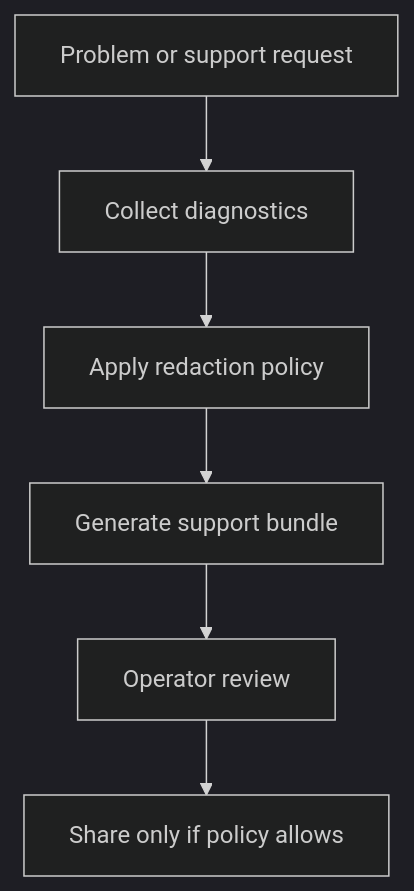
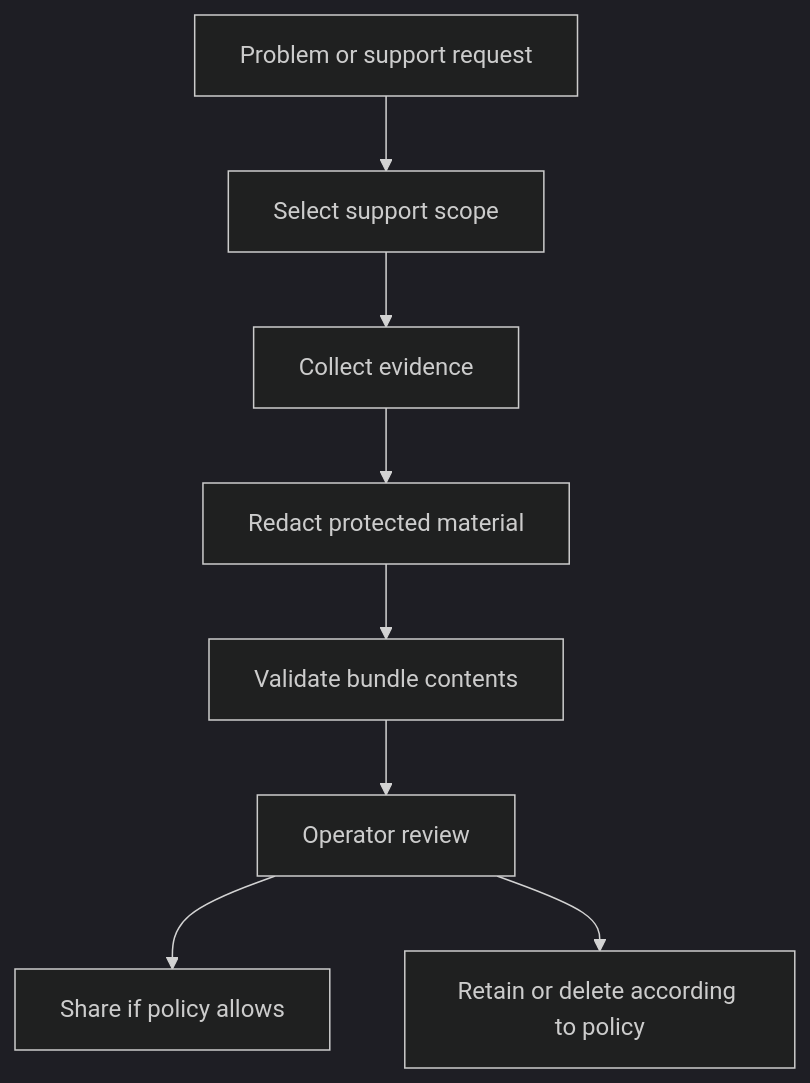
The second of 2 diagrams in docs/documentation/draft/Getting_Started/administration/diagnostics_and_support_bundles.md (scratchbird-software-inc/ScratchBird), drawn with Mermaid (dark theme) before and after one commit. The commit also changed other lines of this file and 23 other files, not shown here.

````diff
--- a/docs/documentation/draft/Getting_Started/administration/diagnostics_and_support_bundles.md
+++ b/docs/documentation/draft/Getting_Started/administration/diagnostics_and_support_bundles.md
@@ -31,8 +131,19 @@
 ```mermaid
 flowchart TD
-    Event[Problem or support request] --> Collect[Collect diagnostics]
-    Collect --> Redact[Apply redaction policy]
-    Redact --> Bundle[Generate support bundle]
-    Bundle --> Review[Operator review]
-    Review --> Share[Share only if policy allows]
+    Problem[Problem or support request]
+    Scope[Select support scope]
+    Collect[Collect evidence]
+    Redact[Redact protected material]
+    Validate[Validate bundle contents]
+    Review[Operator review]
+    Share[Share if policy allows]
+    Retain[Retain or delete according to policy]
+
+    Problem --> Scope
+    Scope --> Collect
+    Collect --> Redact
+    Redact --> Validate
+    Validate --> Review
+    Review --> Share
+    Review --> Retain
 ```
````
